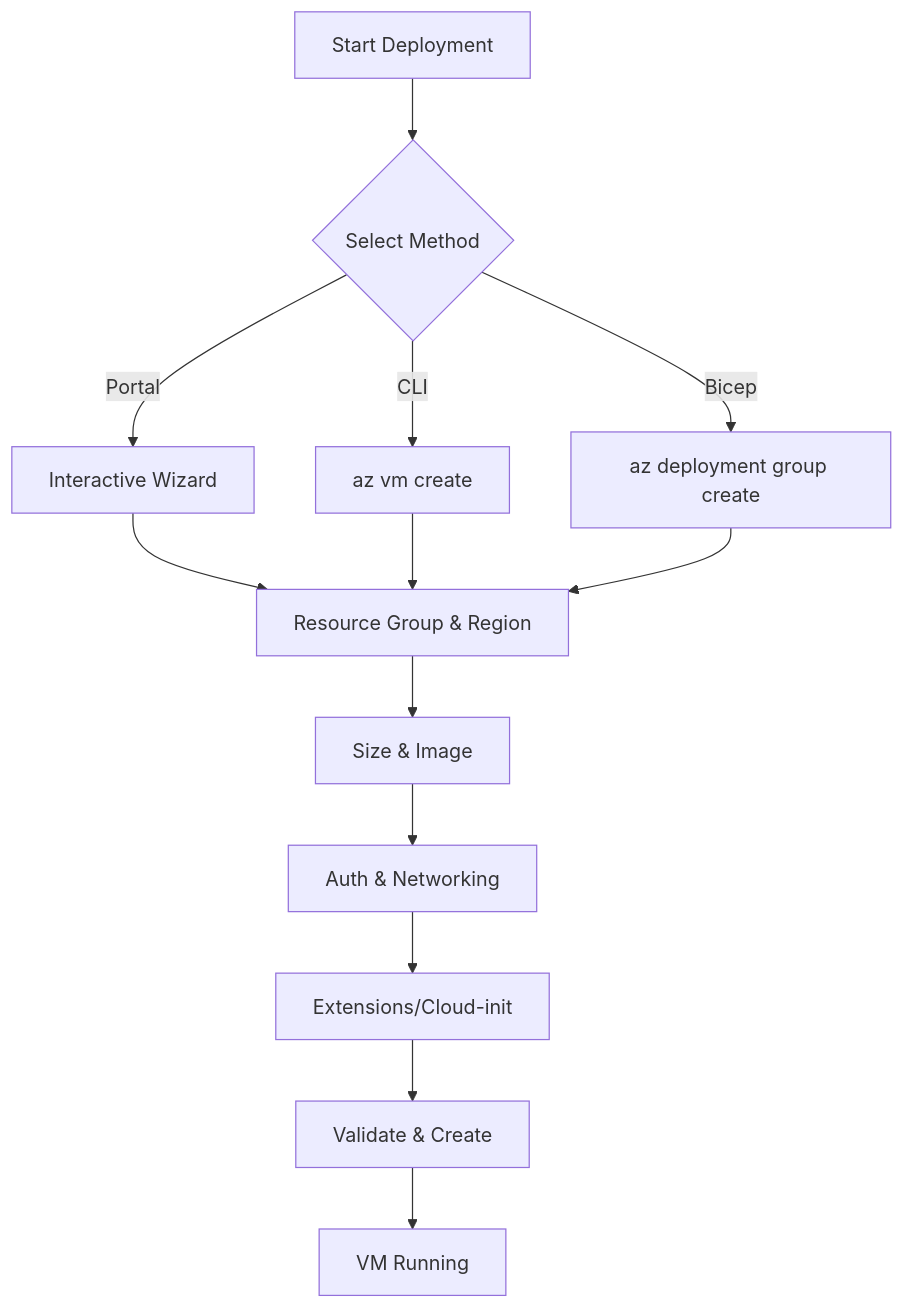
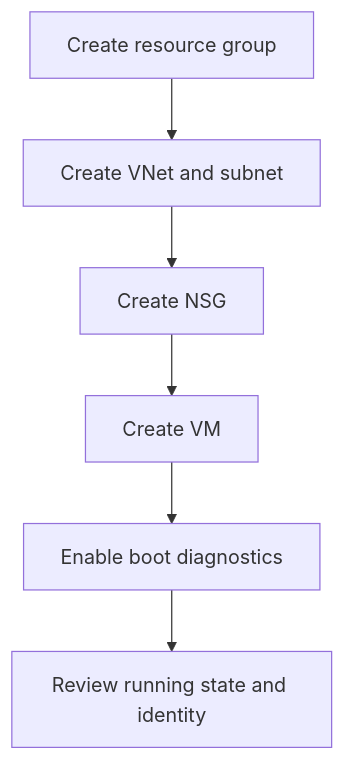
One commit to yeongseon/azure-virtual-machine-practical-guide changed the diagram in docs/operations/create-and-configure-vm.md. Above: the diagram before and after it, drawn with Mermaid. The commit also changed other lines of this file and 9 other files, not shown here.

````diff
--- a/docs/operations/create-and-configure-vm.md
+++ b/docs/operations/create-and-configure-vm.md
@@ -54,15 +47,8 @@
 ```mermaid
-graph TD
-    A[Start Deployment] --> B{Select Method}
-    B -->|Portal| C[Interactive Wizard]
-    B -->|CLI| D[az vm create]
-    B -->|Bicep| E[az deployment group create]
-    C --> F[Resource Group & Region]
-    D --> F
-    E --> F
-    F --> G[Size & Image]
-    G --> H[Auth & Networking]
-    H --> I[Extensions/Cloud-init]
-    I --> J[Validate & Create]
-    J --> K[VM Running]
+flowchart TD
+    A[Create resource group] --> B[Create VNet and subnet]
+    B --> C[Create NSG]
+    C --> D[Create VM]
+    D --> E[Enable boot diagnostics]
+    E --> F[Review running state and identity]
 ```
````
